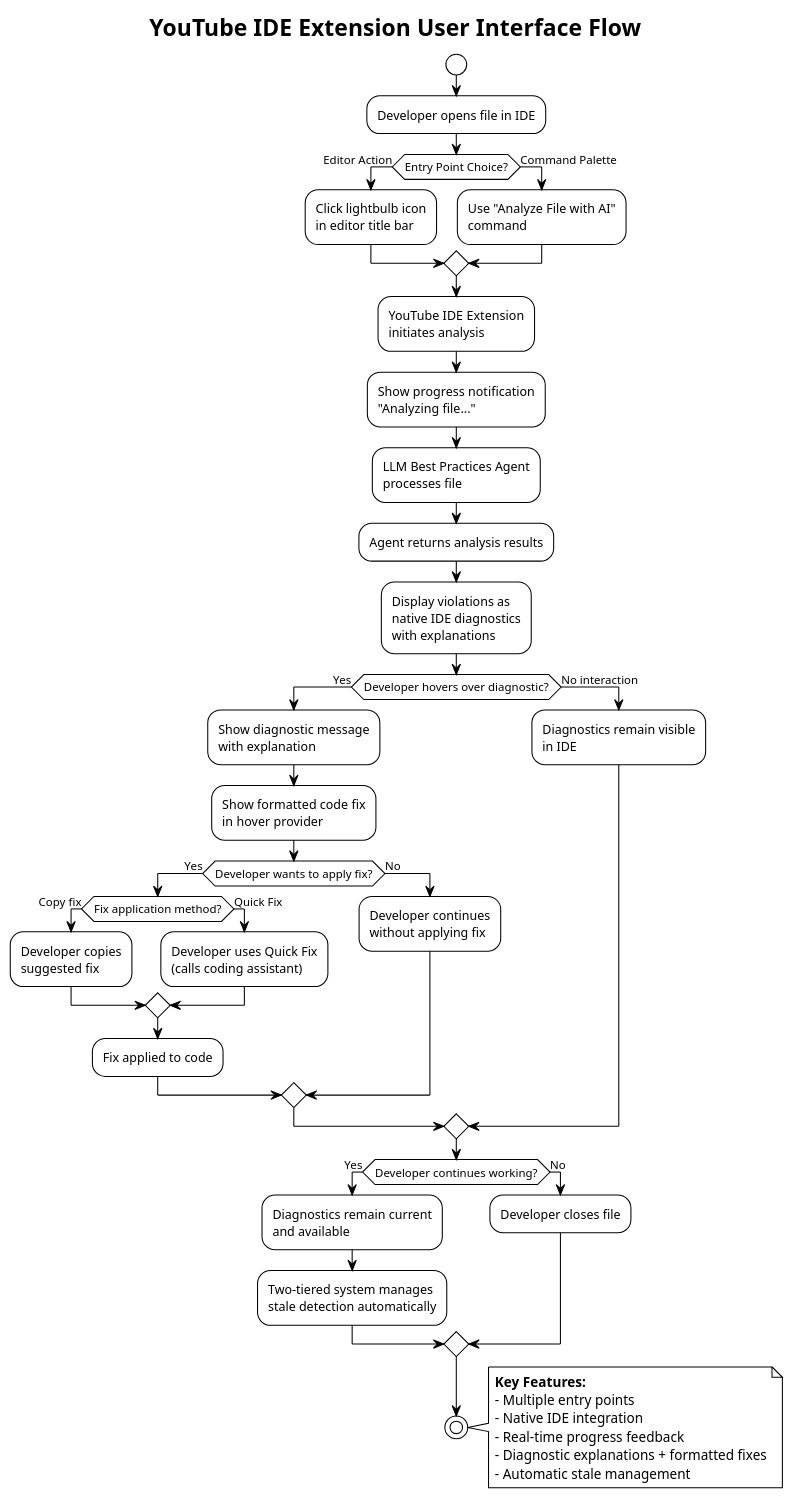
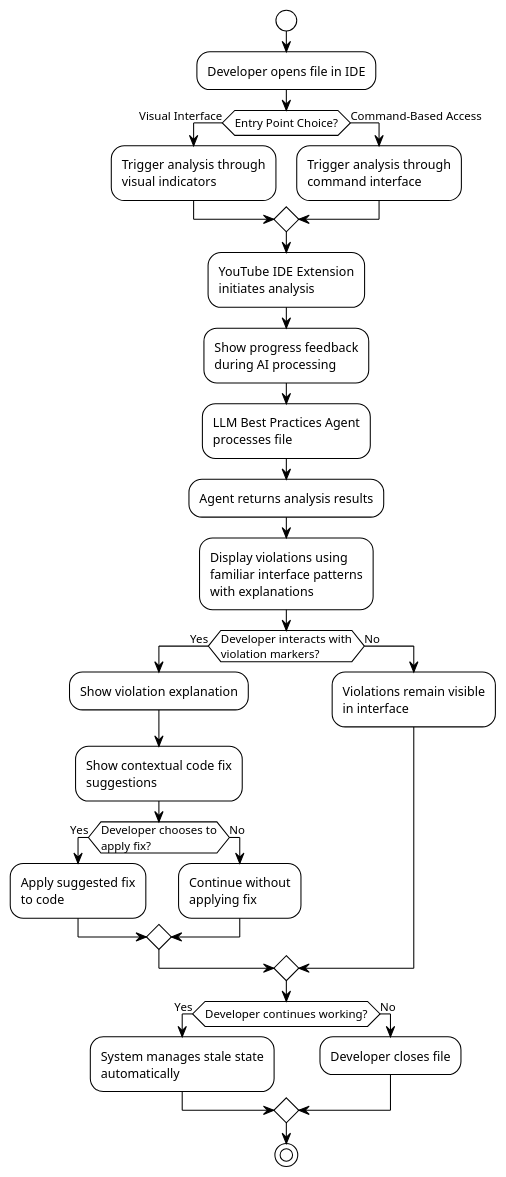
The diagram in Chapitre3/diagrams/user_interface_flow.puml (ArijKouki/PFE_Report), drawn with PlantUML before and after one commit. The commit also changed 38 other files, not shown here.

```diff
--- a/Chapitre3/diagrams/user_interface_flow.puml
+++ b/Chapitre3/diagrams/user_interface_flow.puml
@@ -1,63 +1,47 @@
 @startuml User Interface Flow
 !theme plain
 skinparam backgroundColor #FFFFFF
-
-title YouTube IDE Extension User Interface Flow
 
 start
 
 :Developer opens file in IDE;
 
-if (Entry Point Choice?) then (Editor Action)
-    :Click lightbulb icon\nin editor title bar;
-else (Command Palette)
-    :Use "Analyze File with AI"\ncommand;
+if (Entry Point Choice?) then (Visual Interface)
+    :Trigger analysis through\nvisual indicators;
+else (Command-Based Access)
+    :Trigger analysis through\ncommand interface;
 endif
 
 :YouTube IDE Extension\ninitiates analysis;
 
-:Show progress notification\n"Analyzing file...";
+:Show progress feedback\nduring AI processing;
 
 :LLM Best Practices Agent\nprocesses file;
 
 :Agent returns analysis results;
 
-:Display violations as\nnative IDE diagnostics\nwith explanations;
+:Display violations using\nfamiliar interface patterns\nwith explanations;
 
-if (Developer hovers over diagnostic?) then (Yes)
-    :Show diagnostic message\nwith explanation;
-    :Show formatted code fix\nin hover provider;
+if (Developer interacts with\nviolation markers?) then (Yes)
+    :Show violation explanation;
+    :Show contextual code fix\nsuggestions;
     
-    if (Developer wants to apply fix?) then (Yes)
-        if (Fix application method?) then (Copy fix)
-            :Developer copies\nsuggested fix;
-        else (Quick Fix)
-            :Developer uses Quick Fix\n(calls coding assistant);
-        endif
-        :Fix applied to code;
+    if (Developer chooses to\napply fix?) then (Yes)
+        :Apply suggested fix\nto code;
     else (No)
-        :Developer continues\nwithout applying fix;
+        :Continue without\napplying fix;
     endif
-else (No interaction)
-    :Diagnostics remain visible\nin IDE;
+else (No)
+    :Violations remain visible\nin interface;
 endif
 
 if (Developer continues working?) then (Yes)
-    :Diagnostics remain current\nand available;
-    :Two-tiered system manages\nstale detection automatically;
+    :System manages stale state\nautomatically;
 else (No)
     :Developer closes file;
 endif
 
 stop
 
-note right
-**Key Features:**
-- Multiple entry points
-- Native IDE integration
-- Real-time progress feedback
-- Diagnostic explanations + formatted fixes
-- Automatic stale management
-end note
 
 @enduml
```
